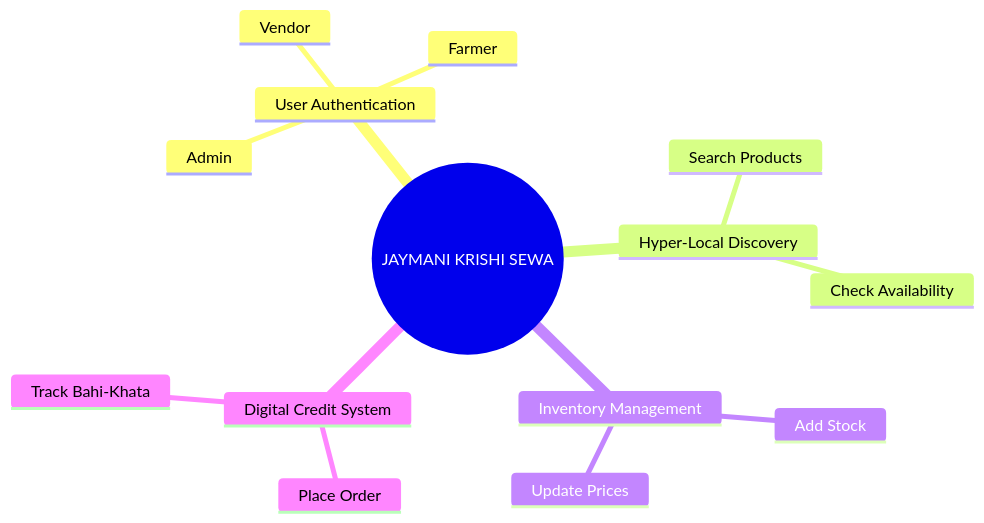
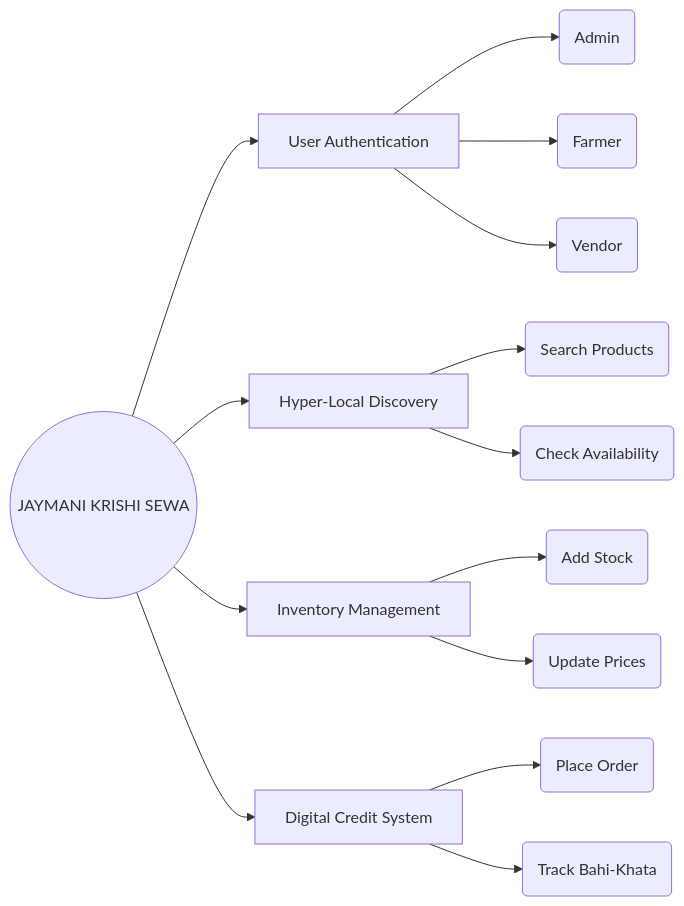
One commit to hmpmanish/jaymani-krishi-sewa changed the second of 5 diagrams in docs/Project_Design_Report_PO_Mapping.md. Above: the diagram before and after it, drawn with Mermaid. The commit also changed other lines of this file, not shown here.

Commit message:
Fix Mermaid rendering issues on GitHub

````diff
--- a/docs/Project_Design_Report_PO_Mapping.md
+++ b/docs/Project_Design_Report_PO_Mapping.md
@@ -39,17 +39,14 @@
 ```mermaid
-mindmap
-  root((JAYMANI KRISHI SEWA))
-    User Authentication
-      Admin
-      Farmer
-      Vendor
-    Hyper-Local Discovery
-      Search Products
-      Check Availability
-    Inventory Management
-      Add Stock
-      Update Prices
-    Digital Credit System
-      Place Order
-      Track Bahi-Khata
+graph LR
+    A((JAYMANI KRISHI SEWA)) --> B[User Authentication]
+    B --> B1(Admin) & B2(Farmer) & B3(Vendor)
+    
+    A --> C[Hyper-Local Discovery]
+    C --> C1(Search Products) & C2(Check Availability)
+    
+    A --> D[Inventory Management]
+    D --> D1(Add Stock) & D2(Update Prices)
+    
+    A --> E[Digital Credit System]
+    E --> E1(Place Order) & E2(Track Bahi-Khata)
 ```
````
